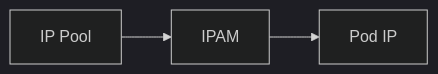
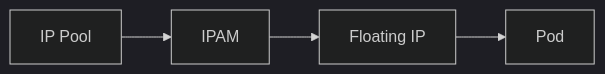
Before and after one commit to OneUptime/blog: the diagram in posts/2026-03-13-troubleshoot-floating-ips-calico/README.md, drawn with Mermaid (dark theme). The commit also changed other lines of this file and 2 other files, not shown here.

Commit message:
validate: 2026-03-13-troubleshoot-floating-ips-calico

````diff
--- a/posts/2026-03-13-troubleshoot-floating-ips-calico/README.md
+++ b/posts/2026-03-13-troubleshoot-floating-ips-calico/README.md
@@ -50,5 +53,6 @@
 ```mermaid
 graph LR
     POOL[IP Pool] --> ALLOC[IPAM]
-    ALLOC --> POD[Pod IP]
+    ALLOC --> FLOAT[Floating IP]
+    FLOAT --> POD[Pod]
 ```
````
